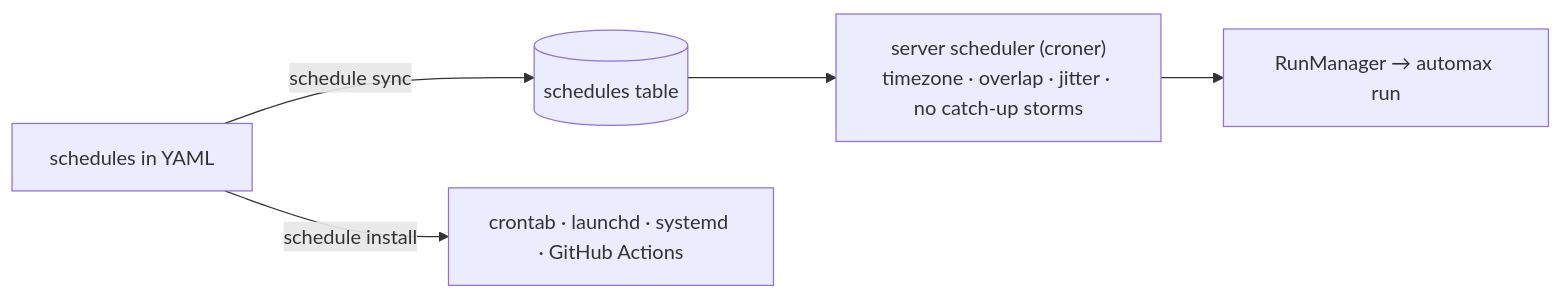
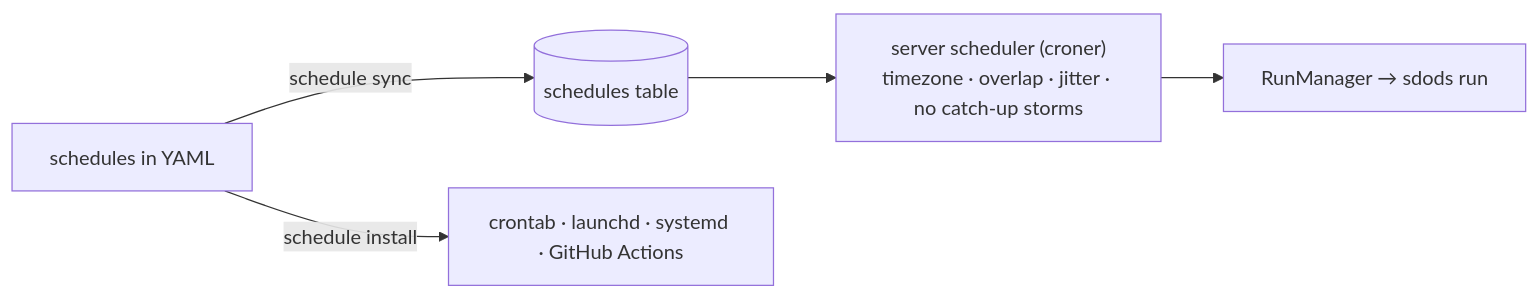
The diagram in apps/docs/content/docs/guides/scheduling.mdx (YarlisAISolutions/SDODS), drawn with Mermaid before and after one commit. The commit also changed other lines of this file and 466 other files, not shown here.

````diff
--- a/apps/docs/content/docs/guides/scheduling.mdx
+++ b/apps/docs/content/docs/guides/scheduling.mdx
@@ -30,7 +30,7 @@
 ```mermaid
 flowchart LR
   Y["schedules in YAML"] -->|schedule sync| DB[("schedules table")]
   DB --> SCH["server scheduler (croner)<br/>timezone · overlap · jitter · no catch-up storms"]
-  SCH --> RM["RunManager → automax run"]
+  SCH --> RM["RunManager → sdods run"]
   Y -->|schedule install| EXT["crontab · launchd · systemd · GitHub Actions"]
 ```
````
